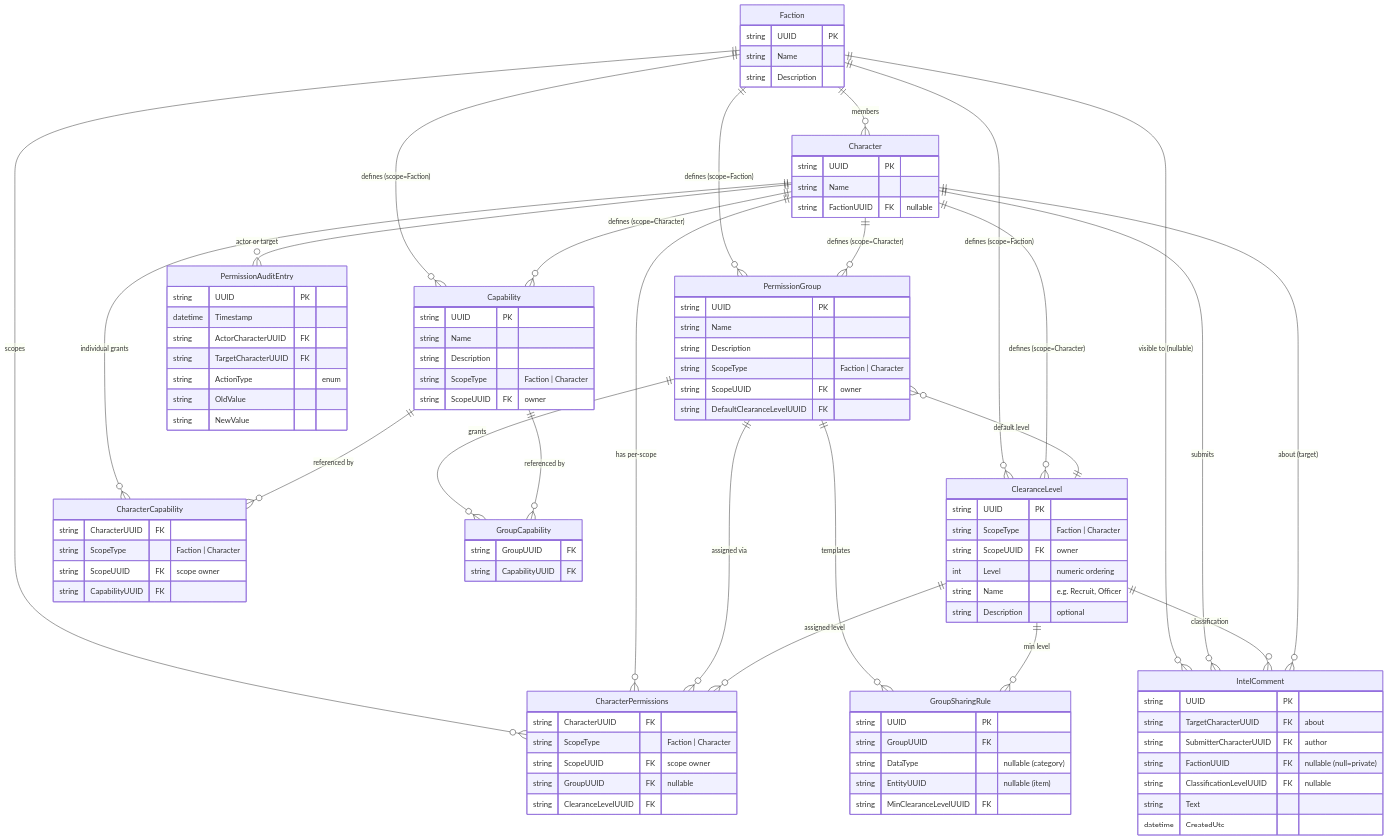
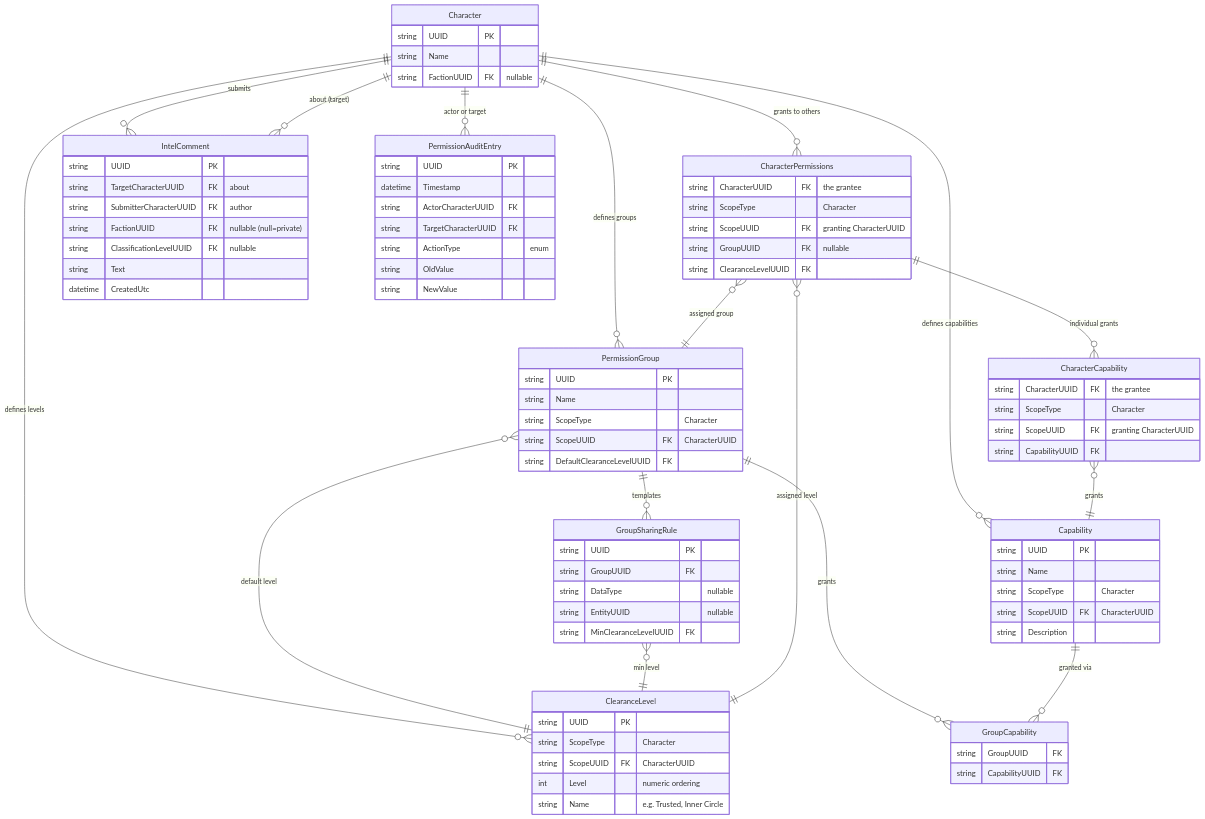
Before and after one commit to scalorn/OuterEmpires2EmpireTracker: the second of 2 diagrams in .kiro/specs/faction-server-expanded-permissions/design.md, drawn with Mermaid. The commit also changed other lines of this file, not shown here.

First line of the commit message:
Split ER diagram into faction-scoped and character-scoped views

````diff
--- a/.kiro/specs/faction-server-expanded-permissions/design.md
+++ b/.kiro/specs/faction-server-expanded-permissions/design.md
@@ -114,71 +214,45 @@
 ```mermaid
 erDiagram
-    Faction {
-        string UUID PK
-        string Name
-        string Description
-    }
-
     Character {
         string UUID PK
         string Name
         string FactionUUID FK "nullable"
     }
 
-    Faction ||--o{ Character : "members"
-    Faction ||--o{ Capability : "defines (scope=Faction)"
-    Faction ||--o{ ClearanceLevel : "defines (scope=Faction)"
-    Faction ||--o{ PermissionGroup : "defines (scope=Faction)"
-    Faction ||--o{ CharacterPermissions : "scopes"
-    Faction ||--o{ IntelComment : "visible to (nullable)"
-
-    Character ||--o{ Capability : "defines (scope=Character)"
-    Character ||--o{ ClearanceLevel : "defines (scope=Character)"
-    Character ||--o{ PermissionGroup : "defines (scope=Character)"
-    Character ||--o{ CharacterPermissions : "has per-scope"
-    Character ||--o{ CharacterCapability : "individual grants"
+    Character ||--o{ ClearanceLevel : "defines levels"
+    Character ||--o{ Capability : "defines capabilities"
+    Character ||--o{ PermissionGroup : "defines groups"
+    Character ||--o{ CharacterPermissions : "grants to others"
     Character ||--o{ IntelComment : "submits"
     Character ||--o{ PermissionAuditEntry : "actor or target"
 
-    PermissionGroup ||--o{ GroupCapability : "grants"
-    PermissionGroup ||--o{ GroupSharingRule : "templates"
-    PermissionGroup ||--o{ CharacterPermissions : "assigned via"
-    PermissionGroup }o--|| ClearanceLevel : "default level"
-
-    Capability ||--o{ GroupCapability : "referenced by"
-    Capability ||--o{ CharacterCapability : "referenced by"
-
-    ClearanceLevel ||--o{ CharacterPermissions : "assigned level"
-    ClearanceLevel ||--o{ GroupSharingRule : "min level"
-    ClearanceLevel ||--o{ IntelComment : "classification"
-
-    IntelComment }o--|| Character : "about (target)"
+    ClearanceLevel {
+        string UUID PK
+        string ScopeType "Character"
+        string ScopeUUID FK "CharacterUUID"
+        int Level "numeric ordering"
+        string Name "e.g. Trusted, Inner Circle"
+    }
 
     Capability {
         string UUID PK
         string Name
+        string ScopeType "Character"
+        string ScopeUUID FK "CharacterUUID"
         string Description
-        string ScopeType "Faction | Character"
-        string ScopeUUID FK "owner"
-    }
-
-    ClearanceLevel {
-        string UUID PK
-        string ScopeType "Faction | Character"
-        string ScopeUUID FK "owner"
-        int Level "numeric ordering"
-        string Name "e.g. Recruit, Officer"
-        string Description "optional"
     }
 
     PermissionGroup {
         string UUID PK
         string Name
-        string Description
-        string ScopeType "Faction | Character"
-        string ScopeUUID FK "owner"
+        string ScopeType "Character"
+        string ScopeUUID FK "CharacterUUID"
         string DefaultClearanceLevelUUID FK
     }
+
+    PermissionGroup }o--|| ClearanceLevel : "default level"
+    PermissionGroup ||--o{ GroupCapability : "grants"
+    PermissionGroup ||--o{ GroupSharingRule : "templates"
 
     GroupCapability {
         string GroupUUID FK
@@ -188,25 +262,34 @@
     GroupSharingRule {
         string UUID PK
         string GroupUUID FK
-        string DataType "nullable (category)"
-        string EntityUUID "nullable (item)"
+        string DataType "nullable"
+        string EntityUUID "nullable"
         string MinClearanceLevelUUID FK
     }
 
+    GroupSharingRule }o--|| ClearanceLevel : "min level"
+    Capability ||--o{ GroupCapability : "granted via"
+
     CharacterPermissions {
-        string CharacterUUID FK
-        string ScopeType "Faction | Character"
-        string ScopeUUID FK "scope owner"
+        string CharacterUUID FK "the grantee"
+        string ScopeType "Character"
+        string ScopeUUID FK "granting CharacterUUID"
         string GroupUUID FK "nullable"
         string ClearanceLevelUUID FK
     }
 
+    CharacterPermissions }o--|| PermissionGroup : "assigned group"
+    CharacterPermissions }o--|| ClearanceLevel : "assigned level"
+
     CharacterCapability {
-        string CharacterUUID FK
-        string ScopeType "Faction | Character"
-        string ScopeUUID FK "scope owner"
+        string CharacterUUID FK "the grantee"
+        string ScopeType "Character"
+        string ScopeUUID FK "granting CharacterUUID"
         string CapabilityUUID FK
     }
+
+    CharacterCapability }o--|| Capability : "grants"
+    CharacterPermissions ||--o{ CharacterCapability : "individual grants"
 
     IntelComment {
         string UUID PK
@@ -218,6 +301,8 @@
         datetime CreatedUtc
     }
 
+    IntelComment }o--|| Character : "about (target)"
+
     PermissionAuditEntry {
         string UUID PK
         datetime Timestamp
````
